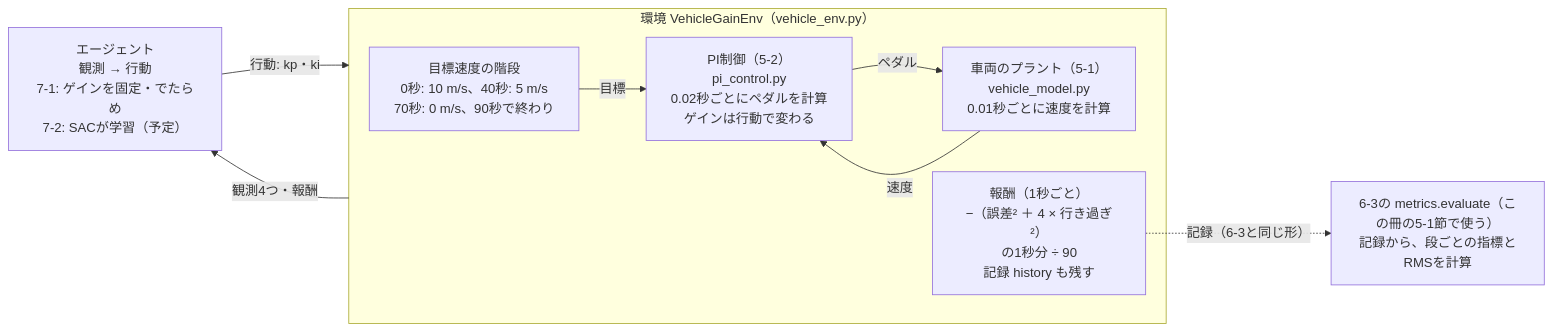
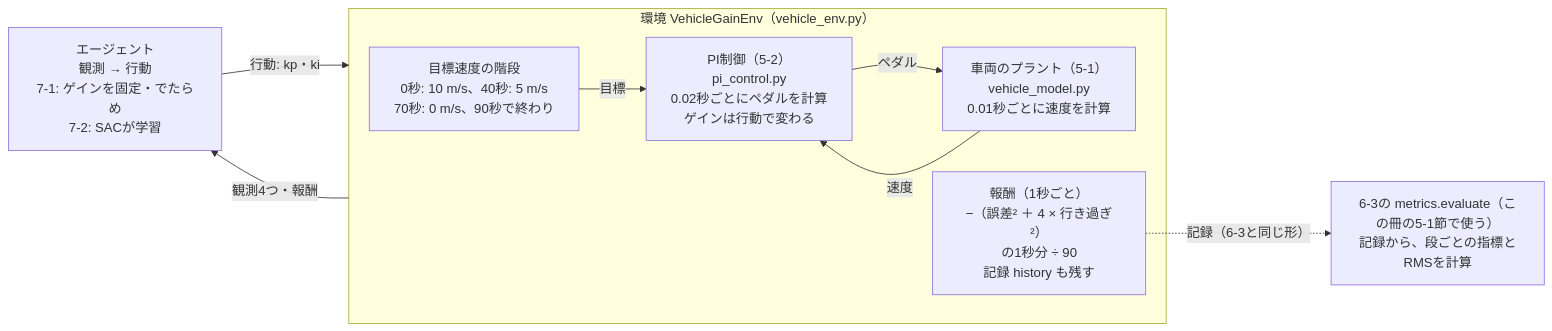
One commit to SanghunIm1991/ros2MinimalPhysicalAi changed the diagram in docs/phase7_1_vehicle_env.md. Above: the diagram before and after it, drawn with Mermaid. The commit also changed other lines of this file and 5 other files, not shown here.

````diff
--- a/docs/phase7_1_vehicle_env.md
+++ b/docs/phase7_1_vehicle_env.md
@@ -36,17 +36,17 @@
 ```mermaid
 flowchart LR
-    AG["エージェント<br/>観測 → 行動<br/>7-1: ゲインを固定・でたらめ<br/>7-2: SACが学習（予定）"]
+    AG["エージェント<br/>観測 → 行動<br/>7-1: ゲインを固定・でたらめ<br/>7-2: SACが学習"]
     subgraph ENV["環境 VehicleGainEnv（vehicle_env.py）"]
         TG["目標速度の階段<br/>0秒: 10 m/s、40秒: 5 m/s<br/>70秒: 0 m/s、90秒で終わり"]
         PI["PI制御（5-2）<br/>pi_control.py<br/>0.02秒ごとにペダルを計算<br/>ゲインは行動で変わる"]
         PL["車両のプラント（5-1）<br/>vehicle_model.py<br/>0.01秒ごとに速度を計算"]
         RW["報酬（1秒ごと）<br/>−（誤差² ＋ 4 × 行き過ぎ²）<br/>の1秒分 ÷ 90<br/>記録 history も残す"]
     end
     M["6-3の metrics.evaluate（この冊の5-1節で使う）<br/>記録から、段ごとの指標とRMSを計算"]
     AG -- "行動: kp・ki" --> ENV
     ENV -- "観測4つ・報酬" --> AG
     TG -- "目標" --> PI
     PI -- "ペダル" --> PL
     PL -- "速度" --> PI
     RW -. "記録（6-3と同じ形）" .-> M
 ```
````
